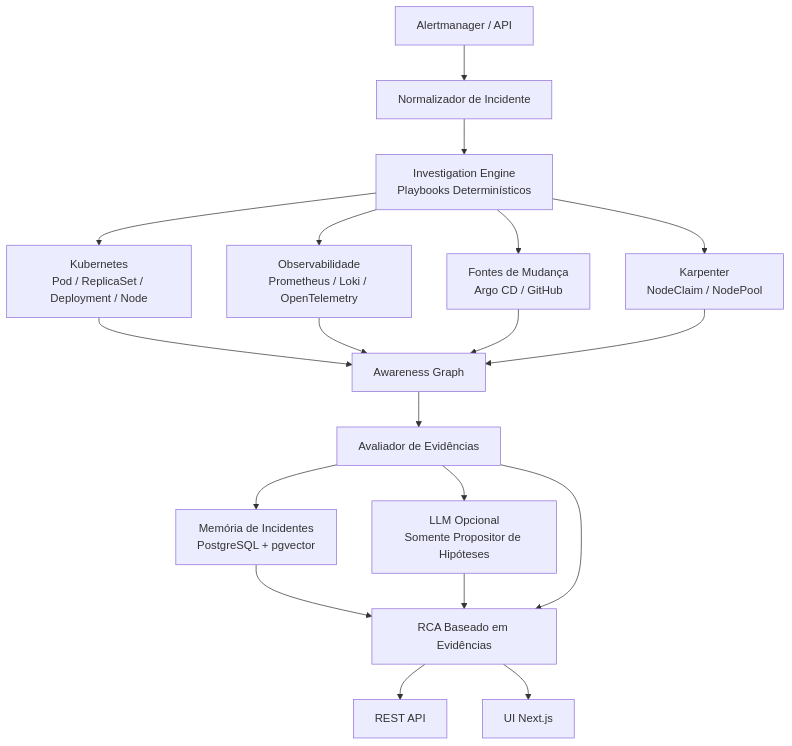
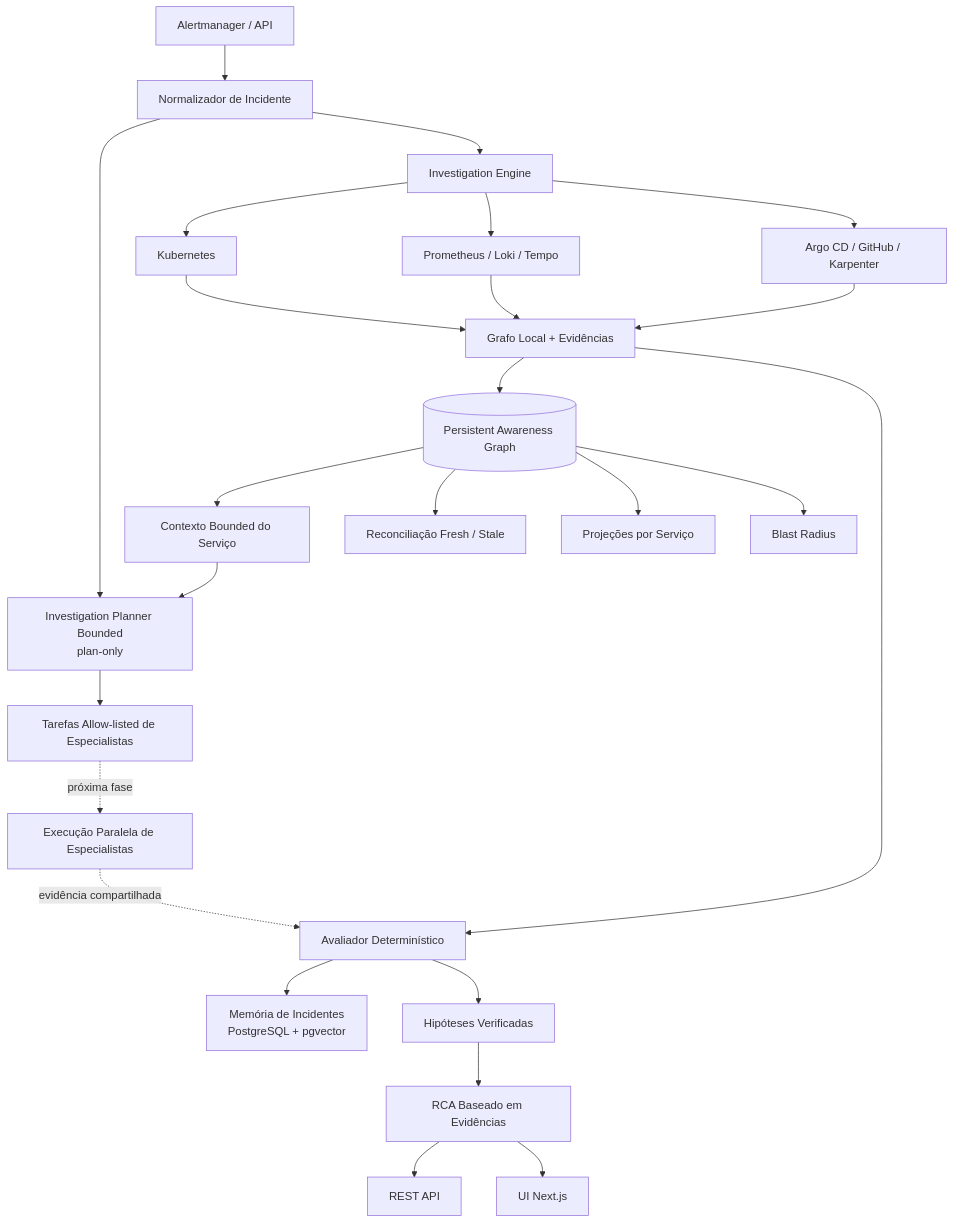
Before and after one commit to marcocristofolini/ai-sre-rca: the first of 7 diagrams in README_PT-BR.md, drawn with Mermaid. The commit also changed other lines of this file and 22 other files, not shown here.

Commit message:
feat: add v0.8 topology blast radius and planner

````diff
--- a/README_PT-BR.md
+++ b/README_PT-BR.md
@@ -96,26 +110,32 @@
 ```mermaid
 flowchart TD
-    A[Alertmanager / API] --> B[Normalizador de Incidente]
-    B --> C[Investigation Engine<br/>Playbooks Determinísticos]
+    A[Alertmanager / API] --> N[Normalizador de Incidente]
+    N --> P[Investigation Planner Bounded<br/>plan-only]
+    N --> E[Investigation Engine]
 
-    C --> K[Kubernetes<br/>Pod / ReplicaSet / Deployment / Node]
-    C --> O[Observabilidade<br/>Prometheus / Loki / OpenTelemetry]
-    C --> CH[Fontes de Mudança<br/>Argo CD / GitHub]
-    C --> KA[Karpenter<br/>NodeClaim / NodePool]
+    G[(Persistent Awareness Graph)] --> C[Contexto Bounded do Serviço]
+    C --> P
+    P --> T[Tarefas Allow-listed de Especialistas]
 
-    K --> G[Awareness Graph]
-    O --> G
-    CH --> G
-    KA --> G
+    E --> K[Kubernetes]
+    E --> O[Prometheus / Loki / Tempo]
+    E --> CH[Argo CD / GitHub / Karpenter]
+    K --> L[Grafo Local + Evidências]
+    O --> L
+    CH --> L
 
-    G --> E[Avaliador de Evidências]
-    E --> M[Memória de Incidentes<br/>PostgreSQL + pgvector]
-    E --> L[LLM Opcional<br/>Somente Propositor de Hipóteses]
+    L --> G
+    G --> R[Reconciliação Fresh / Stale]
+    G --> S[Projeções por Serviço]
+    G --> B[Blast Radius]
 
-    M --> R[RCA Baseado em Evidências]
-    L --> R
-    E --> R
+    L --> D[Avaliador Determinístico]
+    D --> M[Memória de Incidentes<br/>PostgreSQL + pgvector]
+    D --> H[Hipóteses Verificadas]
+    H --> RCA[RCA Baseado em Evidências]
+    RCA --> API[REST API]
+    RCA --> UI[UI Next.js]
 
-    R --> API[REST API]
-    R --> UI[UI Next.js]
+    T -. próxima fase .-> X[Execução Paralela de Especialistas]
+    X -. evidência compartilhada .-> D
 ```
````
